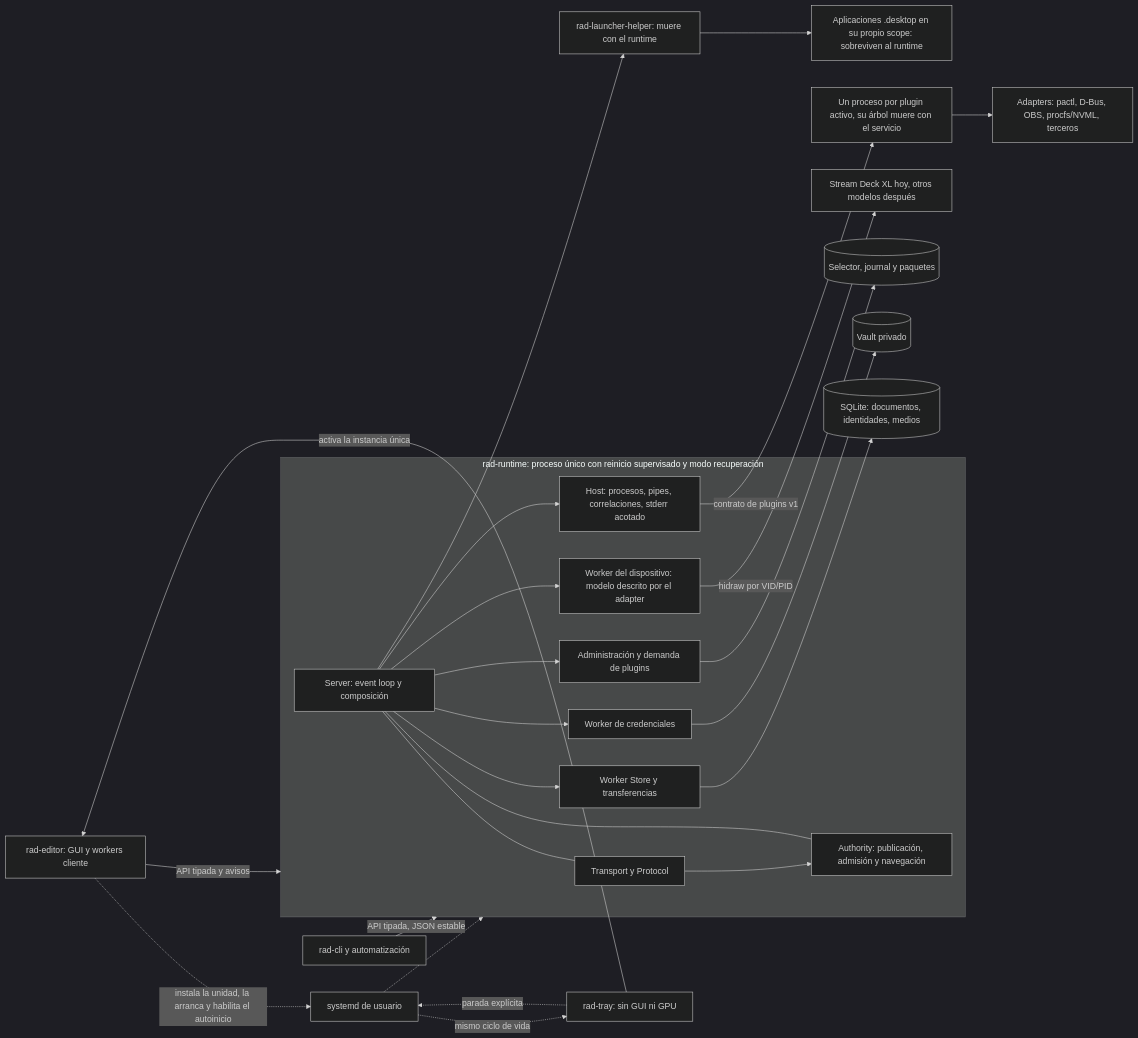
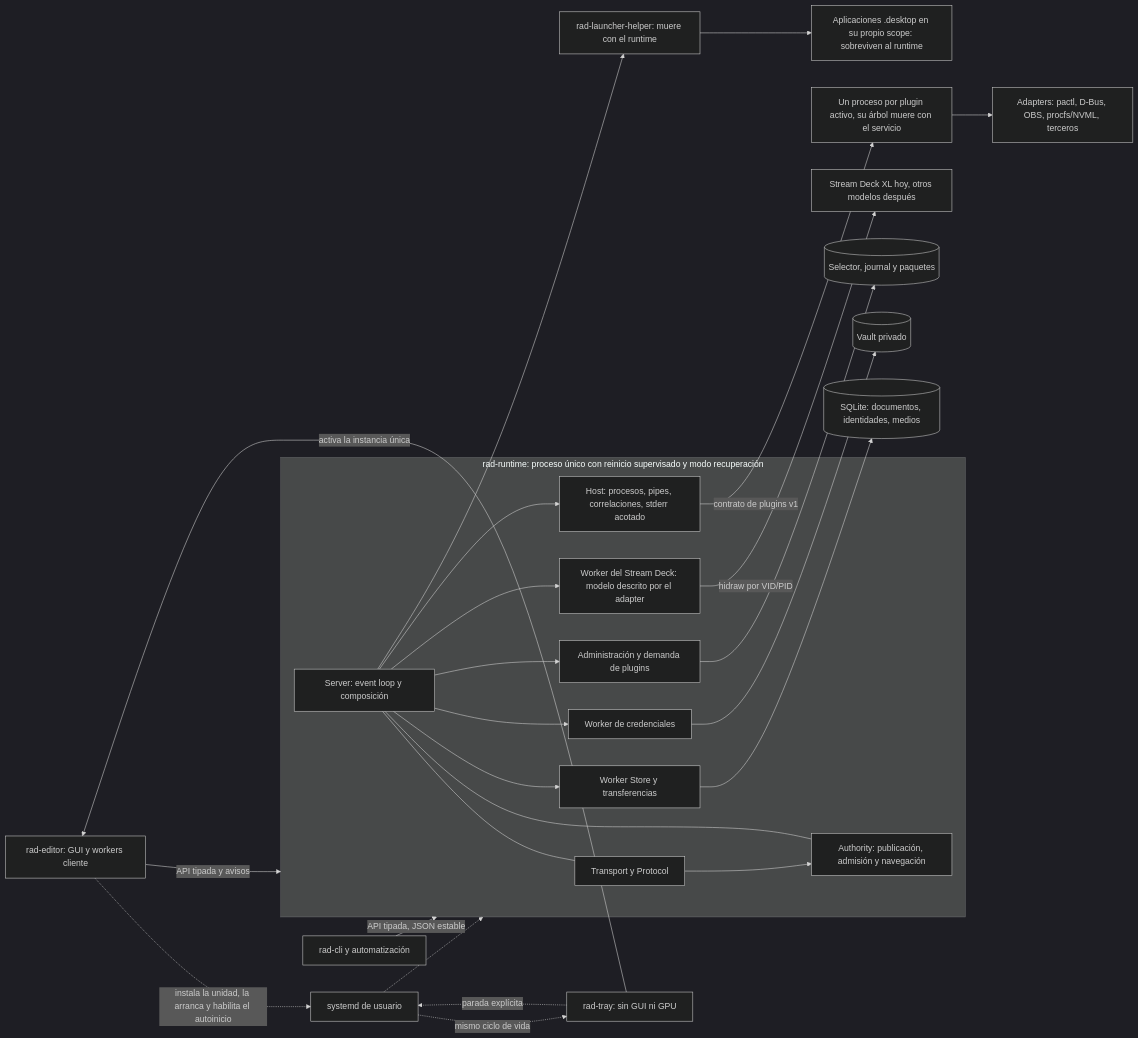
The diagram in docs/architecture.md (KroxiDev/RAD), drawn with Mermaid (dark theme) before and after one commit. The commit also changed other lines of this file and 30 other files, not shown here.

````diff
--- a/docs/architecture.md
+++ b/docs/architecture.md
@@ -15,28 +17,28 @@
 ```mermaid
 flowchart LR
   Editor[rad-editor: GUI y workers cliente] -->|API tipada y avisos| Runtime
   Editor -.->|instala la unidad, la arranca y habilita el autoinicio| Service[systemd de usuario]
   Service -.-> Runtime
   Service -.->|mismo ciclo de vida| Tray[rad-tray: sin GUI ni GPU]
   Tray -->|activa la instancia única| Editor
   Tray -.->|parada explícita| Service
   CLI[rad-cli y automatización] -->|API tipada, JSON estable| Runtime
   subgraph Runtime[rad-runtime: proceso único con reinicio supervisado y modo recuperación]
     Transport[Transport y Protocol] --> Authority[Authority: publicación, admisión y navegación]
     Loop[Server: event loop y composición] --- Transport
     Loop --- Authority
     Loop --> Storage[Worker Store y transferencias]
     Loop --> Vault[Worker de credenciales]
     Loop --> Admin[Administración y demanda de plugins]
-    Loop --> Deck[Worker del dispositivo: modelo descrito por el adapter]
+    Loop --> Deck[Worker del Stream Deck: modelo descrito por el adapter]
     Loop --> Host[Host: procesos, pipes, correlaciones, stderr acotado]
   end
   Storage --> DB[(SQLite: documentos, identidades, medios)]
   Vault --> Secrets[(Vault privado)]
   Admin --> Selection[(Selector, journal y paquetes)]
   Host -->|contrato de plugins v1| Plugins[Un proceso por plugin activo, su árbol muere con el servicio]
   Plugins --> External[Adapters: pactl, D-Bus, OBS, procfs/NVML, terceros]
   Deck -->|hidraw por VID/PID| Device[Stream Deck XL hoy, otros modelos después]
   Loop --> Helper[rad-launcher-helper: muere con el runtime]
   Helper --> Apps[Aplicaciones .desktop en su propio scope: sobreviven al runtime]
 ```
````
